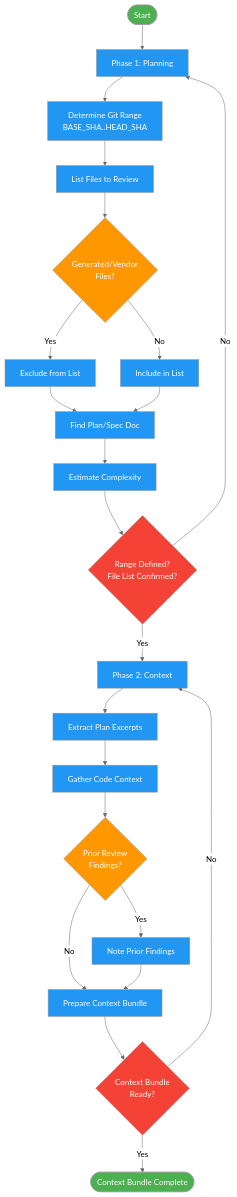
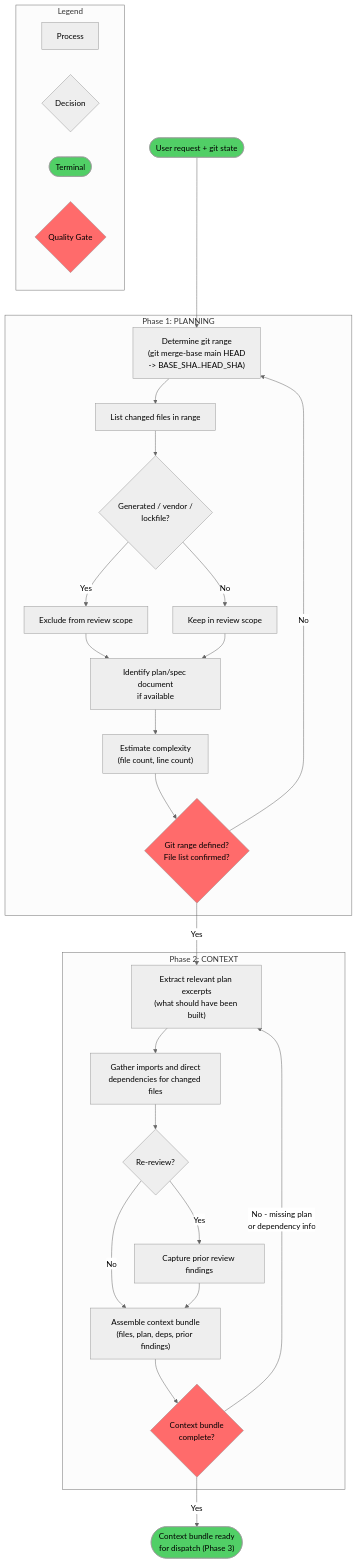
The first of 2 diagrams in docs/commands/request-review-plan.md (axiomantic/spellbook), drawn with Mermaid (neutral theme) before and after one commit. The commit also changed other lines of this file and 217 other files, not shown here.

First line of the commit message:
Redesign develop skill execution model, add scope drift detection and dispatch enforcement

````diff
--- a/docs/commands/request-review-plan.md
+++ b/docs/commands/request-review-plan.md
@@ -7,43 +9,60 @@
 ```mermaid
 flowchart TD
-    Start([Start]) --> P1["Phase 1: Planning"]
-    P1 --> GitRange["Determine Git Range\nBASE_SHA..HEAD_SHA"]
-    GitRange --> FileList["List Files to Review"]
-    FileList --> ExcludeGen{"Generated/Vendor\nFiles?"}
-    ExcludeGen -->|Yes| FilterOut["Exclude from List"]
-    ExcludeGen -->|No| KeepFile["Include in List"]
-    FilterOut --> FindPlan["Find Plan/Spec Doc"]
-    KeepFile --> FindPlan
-    FindPlan --> EstComplexity["Estimate Complexity"]
-    EstComplexity --> Gate1{"Range Defined?\nFile List Confirmed?"}
-    Gate1 -->|No| P1
-    Gate1 -->|Yes| P2["Phase 2: Context"]
-    P2 --> ExtractPlan["Extract Plan Excerpts"]
-    ExtractPlan --> GatherDeps["Gather Code Context"]
-    GatherDeps --> PriorFindings{"Prior Review\nFindings?"}
-    PriorFindings -->|Yes| NotePrior["Note Prior Findings"]
-    PriorFindings -->|No| PrepContext["Prepare Context Bundle"]
-    NotePrior --> PrepContext
-    PrepContext --> Gate2{"Context Bundle\nReady?"}
-    Gate2 -->|No| P2
-    Gate2 -->|Yes| Done([Context Bundle Complete])
+    subgraph Legend
+        L1[Process]
+        L2{Decision}
+        L3([Terminal])
+        L4{"Quality Gate"}
+        style L3 fill:#51cf66,color:#000
+        style L4 fill:#ff6b6b,color:#000
+    end
 
-    style Start fill:#4CAF50,color:#fff
-    style Done fill:#4CAF50,color:#fff
-    style P1 fill:#2196F3,color:#fff
-    style P2 fill:#2196F3,color:#fff
-    style GitRange fill:#2196F3,color:#fff
-    style FileList fill:#2196F3,color:#fff
-    style FilterOut fill:#2196F3,color:#fff
-    style KeepFile fill:#2196F3,color:#fff
-    style FindPlan fill:#2196F3,color:#fff
-    style EstComplexity fill:#2196F3,color:#fff
-    style ExtractPlan fill:#2196F3,color:#fff
-    style GatherDeps fill:#2196F3,color:#fff
-    style NotePrior fill:#2196F3,color:#fff
-    style PrepContext fill:#2196F3,color:#fff
-    style ExcludeGen fill:#FF9800,color:#fff
-    style PriorFindings fill:#FF9800,color:#fff
-    style Gate1 fill:#f44336,color:#fff
-    style Gate2 fill:#f44336,color:#fff
+    START([User request + git state]) --> P1_1
+
+    subgraph P1["Phase 1: PLANNING"]
+        P1_1["Determine git range<br>(git merge-base main HEAD<br>-> BASE_SHA..HEAD_SHA)"]
+        P1_2["List changed files in range"]
+        P1_3{"Generated / vendor /<br>lockfile?"}
+        P1_4["Exclude from review scope"]
+        P1_5["Keep in review scope"]
+        P1_6["Identify plan/spec document<br>if available"]
+        P1_7["Estimate complexity<br>(file count, line count)"]
+        P1_GATE{"Git range defined?<br>File list confirmed?"}
+
+        P1_1 --> P1_2
+        P1_2 --> P1_3
+        P1_3 -->|Yes| P1_4
+        P1_3 -->|No| P1_5
+        P1_4 --> P1_6
+        P1_5 --> P1_6
+        P1_6 --> P1_7
+        P1_7 --> P1_GATE
+    end
+
+    P1_GATE -->|"No"| P1_1
+    P1_GATE -->|"Yes"| P2_1
+
+    subgraph P2["Phase 2: CONTEXT"]
+        P2_1["Extract relevant plan excerpts<br>(what should have been built)"]
+        P2_2["Gather imports and direct<br>dependencies for changed files"]
+        P2_3{"Re-review?"}
+        P2_4["Capture prior review findings"]
+        P2_5["Assemble context bundle<br>(files, plan, deps, prior findings)"]
+        P2_GATE{"Context bundle<br>complete?"}
+
+        P2_1 --> P2_2
+        P2_2 --> P2_3
+        P2_3 -->|"Yes"| P2_4
+        P2_3 -->|"No"| P2_5
+        P2_4 --> P2_5
+        P2_5 --> P2_GATE
+    end
+
+    P2_GATE -->|"No - missing plan<br>or dependency info"| P2_1
+    P2_GATE -->|"Yes"| DONE(["Context bundle ready<br>for dispatch (Phase 3)"])
+
+    style START fill:#51cf66,color:#000
+    style DONE fill:#51cf66,color:#000
+    style P1_GATE fill:#ff6b6b,color:#000
+    style P2_GATE fill:#ff6b6b,color:#000
 ```
````
